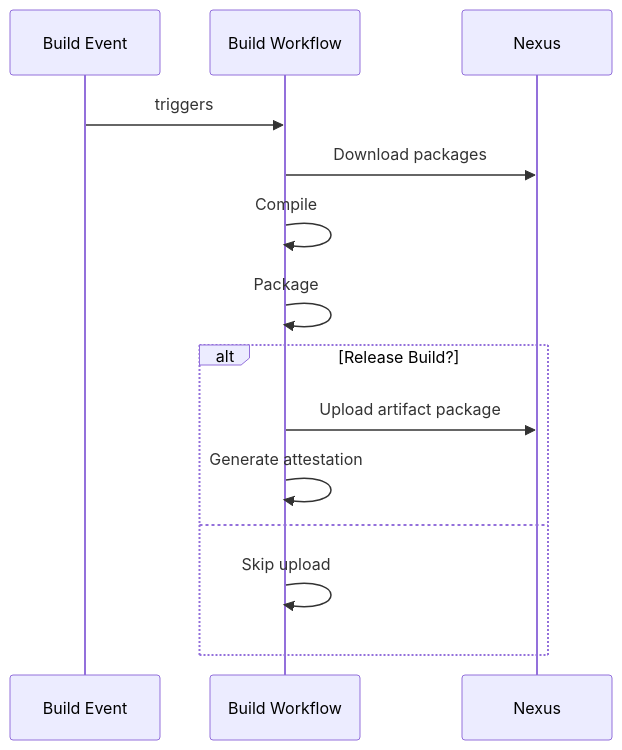
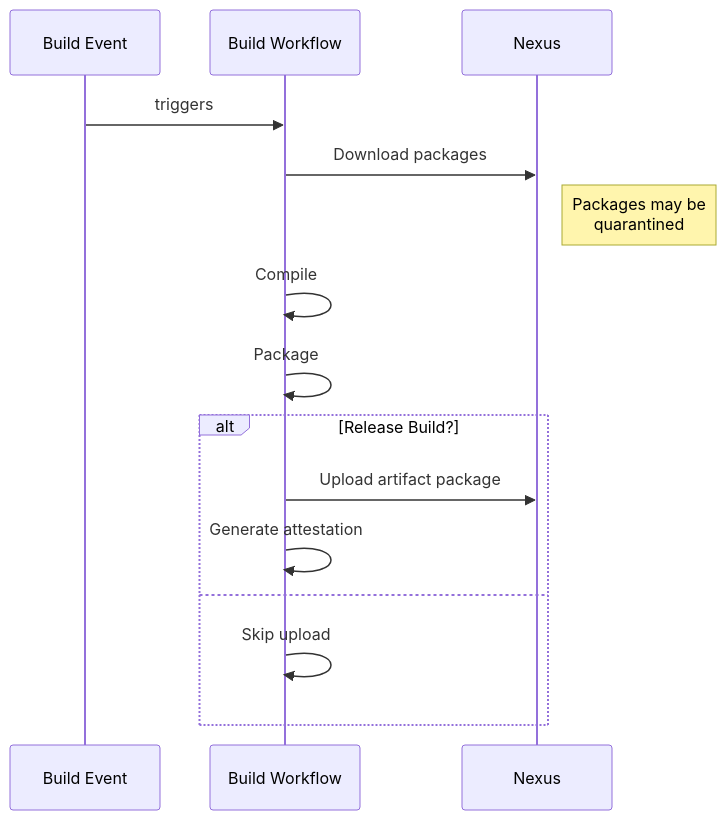
The first of 4 diagrams in README.md (devarab1/Diagrams), drawn with Mermaid before and after one commit.

````diff
--- a/README.md
+++ b/README.md
@@ -3,17 +3,18 @@
 ```mermaid
 sequenceDiagram
     participant Build Event
     participant Build Workflow
     participant Nexus
 
     Build Event->>Build Workflow: triggers
     Build Workflow->>Nexus: Download packages
+    Note right of Nexus: Packages may be<br/>quarantined
     Build Workflow->>Build Workflow: Compile
     Build Workflow->>Build Workflow: Package
     alt Release Build?
         Build Workflow->>Nexus: Upload artifact package
         Build Workflow->>Build Workflow: Generate attestation
     else
         Build Workflow->>Build Workflow: Skip upload
     end
 ```
````
